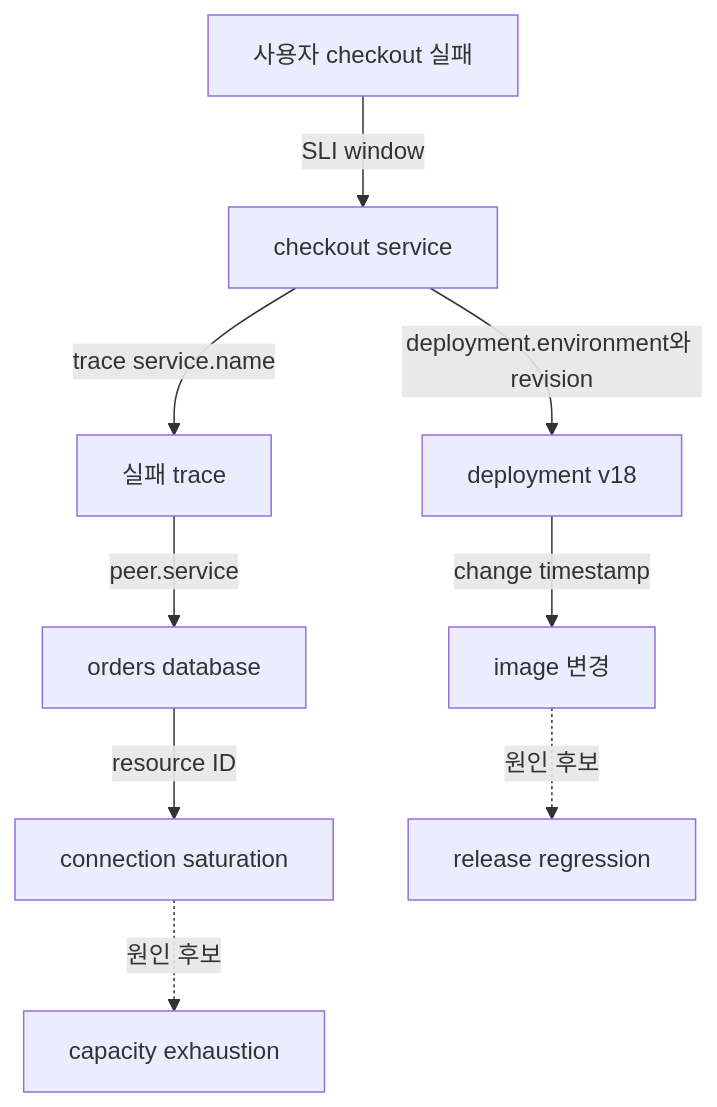
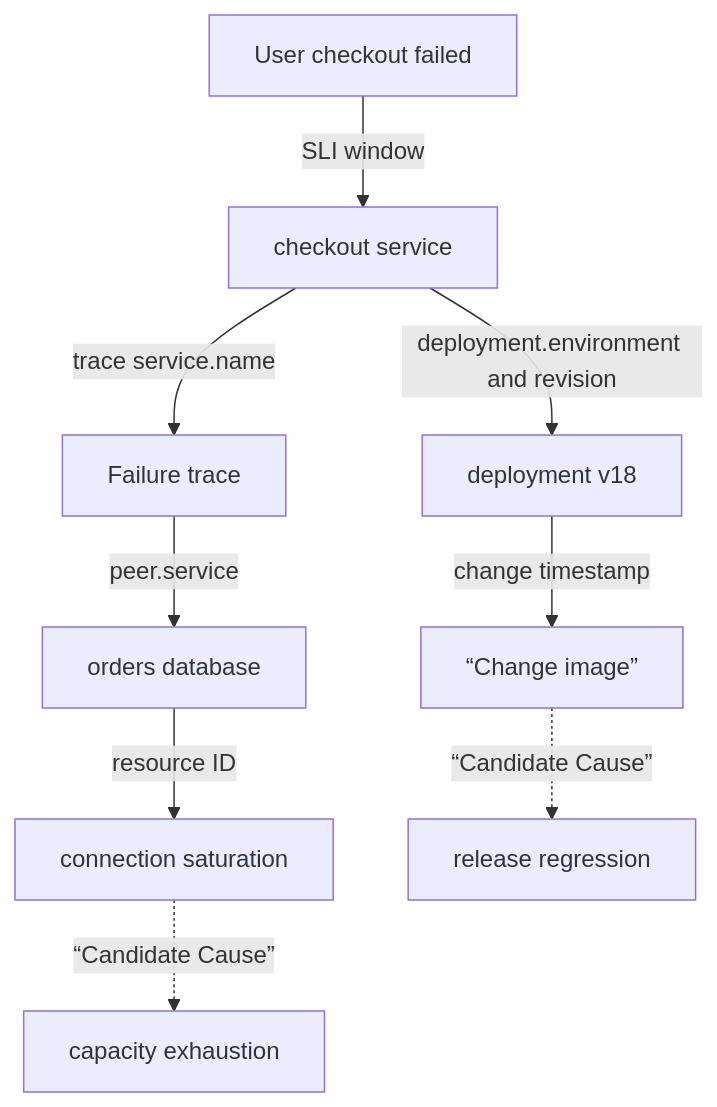
The diagram in docs-site/content/aiops-foundations/01-evidence-graph.md (nohdol97/nohdol-study), drawn with Mermaid before and after one commit. The commit also changed other lines of this file and 116 other files, not shown here.

````diff
--- a/docs-site/content/aiops-foundations/01-evidence-graph.md
+++ b/docs-site/content/aiops-foundations/01-evidence-graph.md
@@ -25,11 +25,11 @@
 ```mermaid
 flowchart TB
-  S["사용자 checkout 실패"] -->|"SLI window"| SV["checkout service"]
-  SV -->|"trace service.name"| TR["실패 trace"]
+  S["User checkout failed"] -->|"SLI window"| SV["checkout service"]
+  SV -->|"trace service.name"| TR["Failure trace"]
   TR -->|"peer.service"| DB["orders database"]
-  SV -->|"deployment.environment와 revision"| DP["deployment v18"]
-  DP -->|"change timestamp"| CH["image 변경"]
+  SV -->|"deployment.environment and revision"| DP["deployment v18"]
+  DP -->|"change timestamp"| CH[“Change image”]
   DB -->|"resource ID"| SAT["connection saturation"]
-  CH -.->|"원인 후보"| H["release regression"]
-  SAT -.->|"원인 후보"| H2["capacity exhaustion"]
+  CH -.->|“Candidate Cause”| H["release regression"]
+  SAT -.->|“Candidate Cause”| H2["capacity exhaustion"]
 ```
````
